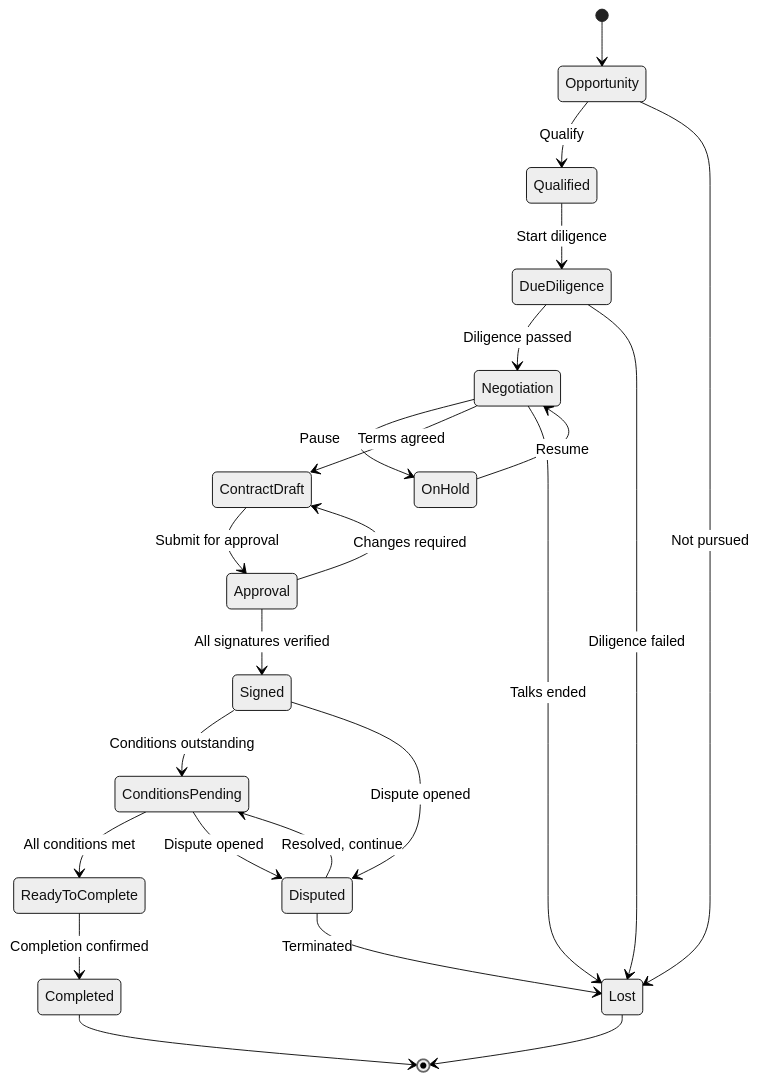
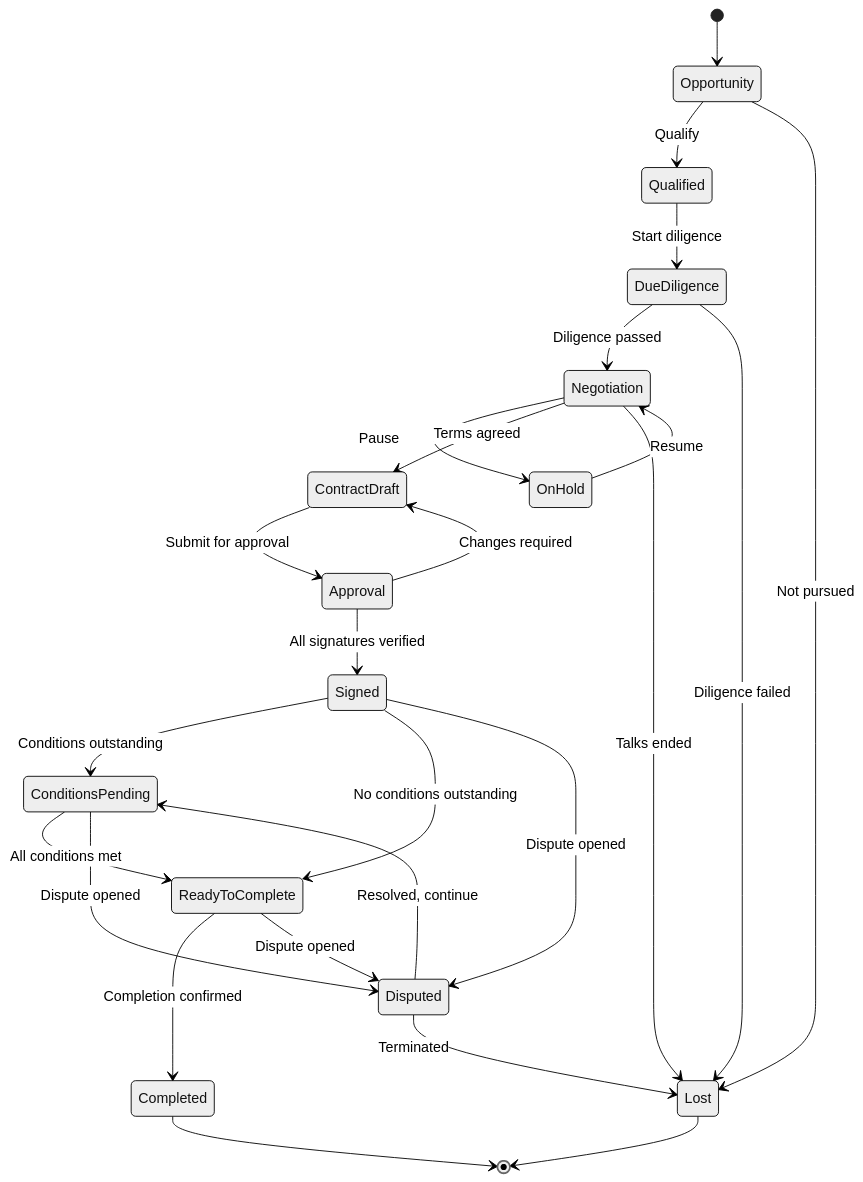
Diagram 12 of 21 in 05-system-design-blueprint.md (greensoft-atom/tex-platform), drawn with Mermaid (neutral theme) before and after one commit. The commit also changed other lines of this file and 615 other files, not shown here.

````diff
--- a/05-system-design-blueprint.md
+++ b/05-system-design-blueprint.md
@@ -657,25 +733,27 @@
 ```mermaid
 stateDiagram-v2
     [*] --> Opportunity
     Opportunity --> Qualified : Qualify
     Opportunity --> Lost : Not pursued
     Qualified --> DueDiligence : Start diligence
     DueDiligence --> Negotiation : Diligence passed
     DueDiligence --> Lost : Diligence failed
     Negotiation --> OnHold : Pause
     OnHold --> Negotiation : Resume
     Negotiation --> ContractDraft : Terms agreed
     Negotiation --> Lost : Talks ended
     ContractDraft --> Approval : Submit for approval
     Approval --> ContractDraft : Changes required
     Approval --> Signed : All signatures verified
     Signed --> ConditionsPending : Conditions outstanding
+    Signed --> ReadyToComplete : No conditions outstanding
     ConditionsPending --> ReadyToComplete : All conditions met
     ReadyToComplete --> Completed : Completion confirmed
     Signed --> Disputed : Dispute opened
     ConditionsPending --> Disputed : Dispute opened
+    ReadyToComplete --> Disputed : Dispute opened
     Disputed --> ConditionsPending : Resolved, continue
     Disputed --> Lost : Terminated
     Completed --> [*]
     Lost --> [*]
 ```
````
